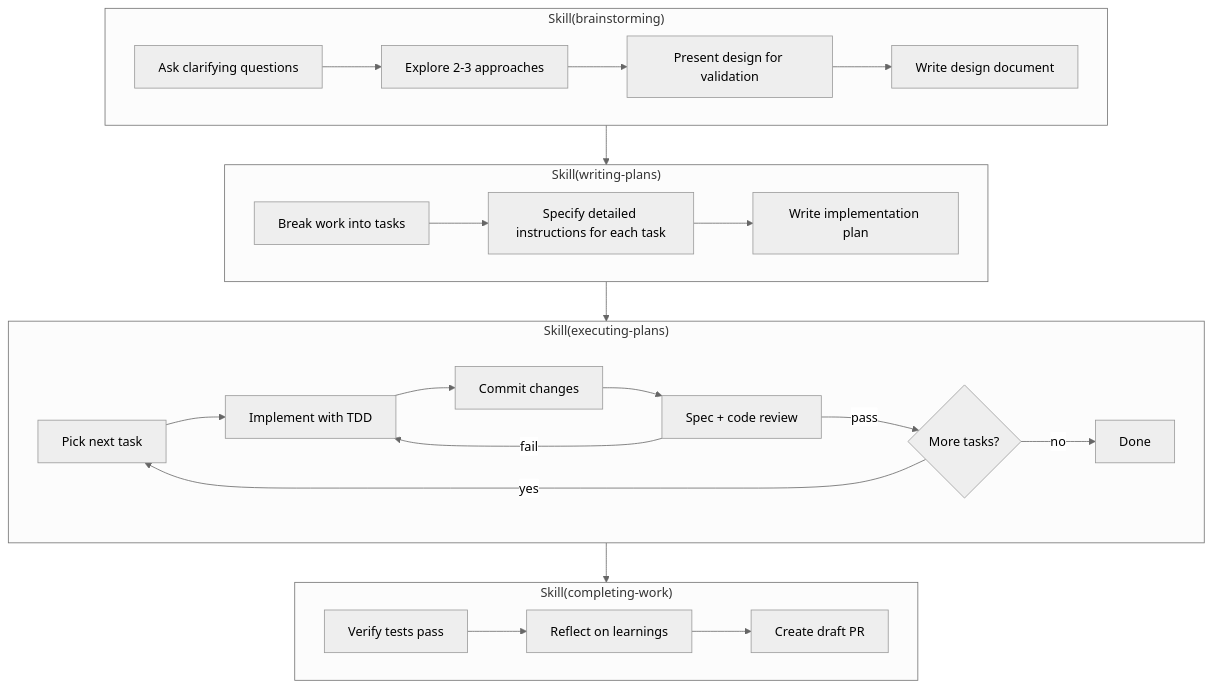
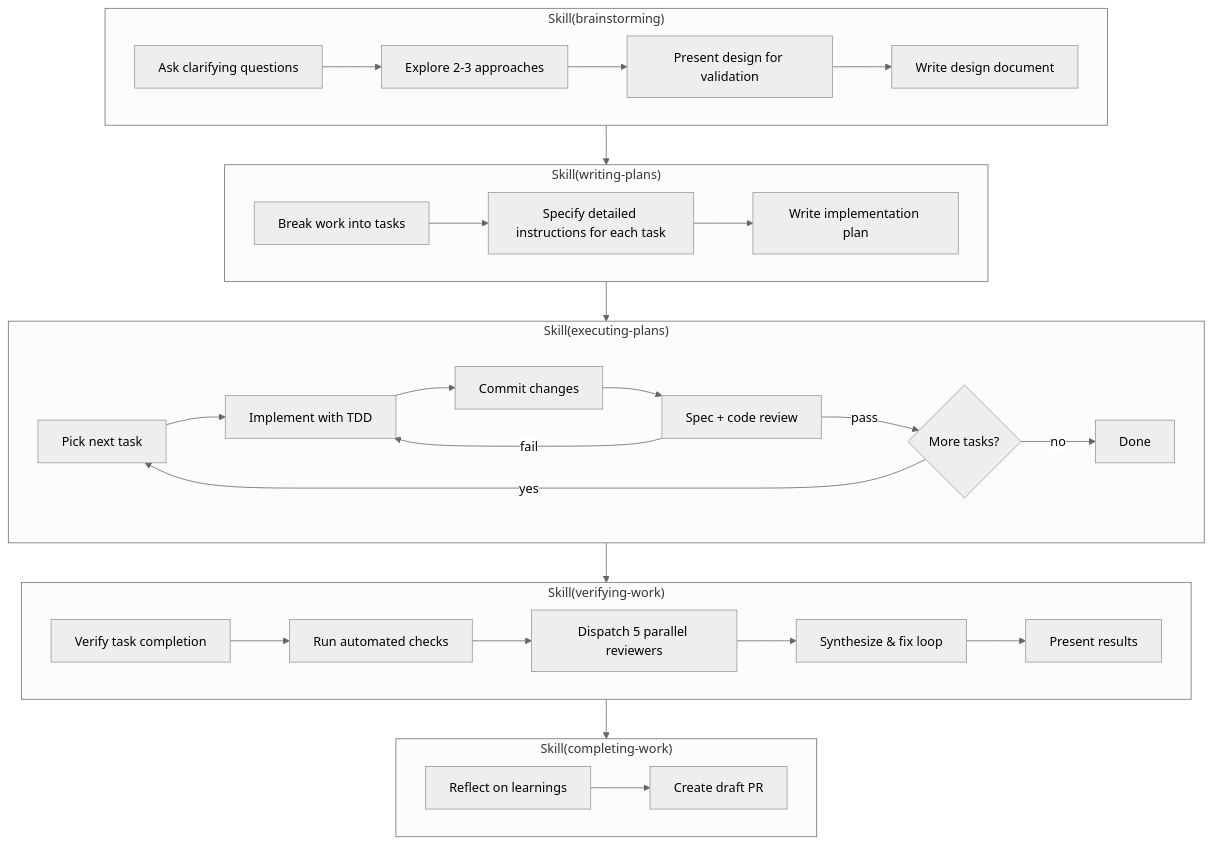
One commit to averycrespi/claudefiles changed the diagram in docs/workflow.md. Above: the diagram before and after it, drawn with Mermaid (neutral theme). The commit also changed 1 other file, not shown here.

Commit message:
docs: add verifying-work to workflow and skills catalog

````diff
--- a/docs/workflow.md
+++ b/docs/workflow.md
@@ -7,30 +7,36 @@
 ```mermaid
 flowchart TD
     subgraph Brainstorming["Skill(brainstorming)"]
         B1[Ask clarifying questions] --> B2[Explore 2-3 approaches]
         B2 --> B3[Present design for validation]
         B3 --> B4[Write design document]
     end
 
     subgraph Planning["Skill(writing-plans)"]
         P1[Break work into tasks] --> P2[Specify detailed instructions for each task]
         P2 --> P3[Write implementation plan]
     end
 
     subgraph Executing["Skill(executing-plans)"]
         E1[Pick next task] --> E2[Implement with TDD]
         E2 --> E3[Commit changes]
         E3 --> E4[Spec + code review]
         E4 -->|fail| E2
         E4 -->|pass| E5{More tasks?}
         E5 -->|yes| E1
         E5 -->|no| E6[Done]
     end
 
-    subgraph Completing["Skill(completing-work)"]
-        C1[Verify tests pass] --> C2[Reflect on learnings]
-        C2 --> C3[Create draft PR]
+    subgraph Verifying["Skill(verifying-work)"]
+        V1[Verify task completion] --> V2[Run automated checks]
+        V2 --> V3[Dispatch 5 parallel reviewers]
+        V3 --> V4[Synthesize & fix loop]
+        V4 --> V5[Present results]
     end
 
-    Brainstorming --> Planning --> Executing --> Completing
+    subgraph Completing["Skill(completing-work)"]
+        C1[Reflect on learnings] --> C2[Create draft PR]
+    end
+
+    Brainstorming --> Planning --> Executing --> Verifying --> Completing
 ```
````
